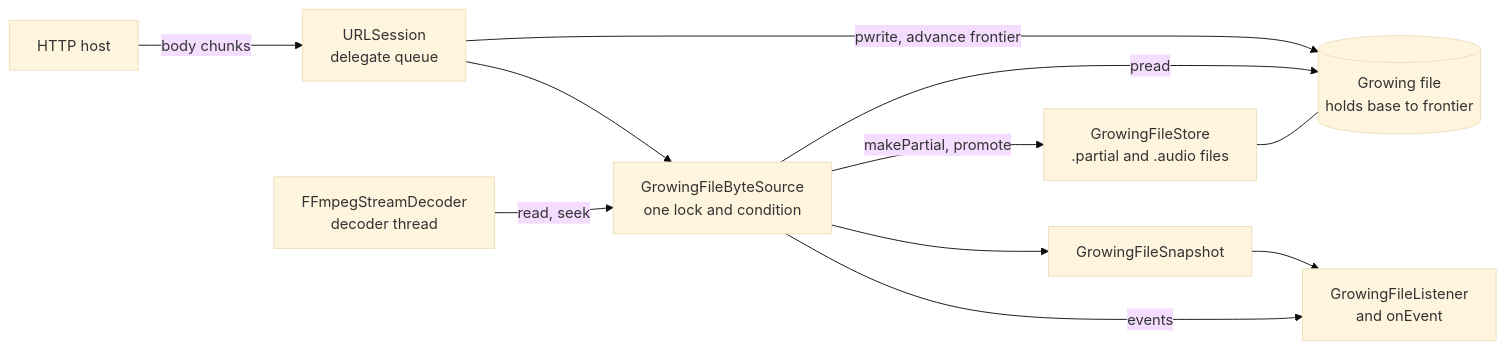
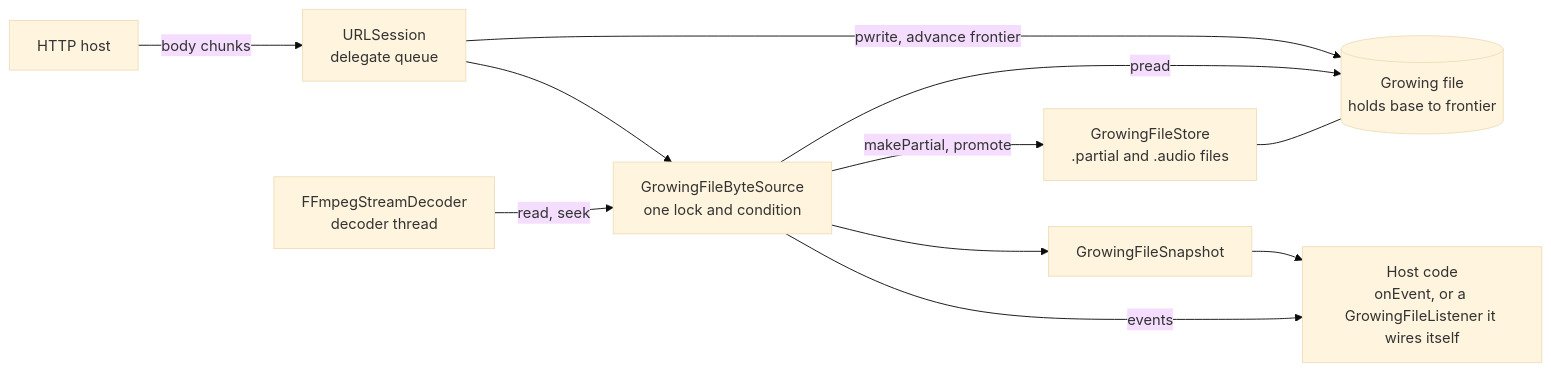
Before and after one commit to timusus/shuttle-playback: the sixth of 8 diagrams in docs/architecture.md, drawn with Mermaid (base theme). The commit also changed other lines of this file and 13 other files, not shown here.

````diff
--- a/docs/architecture.md
+++ b/docs/architecture.md
@@ -210,22 +219,22 @@
 ```mermaid
 flowchart LR
     NET["HTTP host"]
     URLS["URLSession<br/>delegate queue"]
     FILE[("Growing file<br/>holds base to frontier")]
     SRC["GrowingFileByteSource<br/>one lock and condition"]
     DEC["FFmpegStreamDecoder<br/>decoder thread"]
     SNAP["GrowingFileSnapshot"]
-    LIS["GrowingFileListener<br/>and onEvent"]
+    LIS["Host code<br/>onEvent, or a GrowingFileListener it wires itself"]
     STORE["GrowingFileStore<br/>.partial and .audio files"]
 
     NET -->|body chunks| URLS
     URLS -->|pwrite, advance frontier| FILE
     URLS --> SRC
     DEC -->|read, seek| SRC
     SRC -->|pread| FILE
     SRC -->|makePartial, promote| STORE
     STORE --- FILE
     SRC --> SNAP
     SNAP --> LIS
     SRC -->|events| LIS
 ```
````
